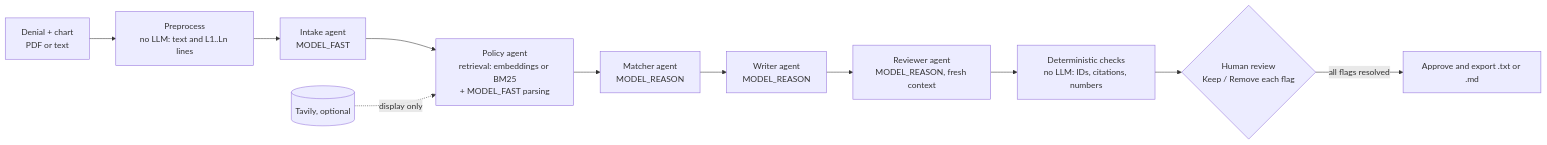
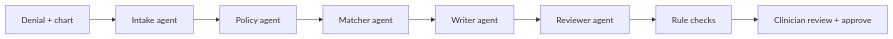
Before and after one commit to Kapowsh/Appeal-Pilot: the diagram in README.md, drawn with Mermaid. The commit also changed other lines of this file and 2 other files, not shown here.

````diff
--- a/README.md
+++ b/README.md
@@ -28,13 +19,4 @@
 ```mermaid
 flowchart LR
-    U[Denial + chart<br/>PDF or text] --> P[Preprocess<br/>no LLM: text and L1..Ln lines]
-    P --> I[Intake agent<br/>MODEL_FAST]
-    I --> PO[Policy agent<br/>retrieval: embeddings or BM25<br/>+ MODEL_FAST parsing]
-    PO --> M[Matcher agent<br/>MODEL_REASON]
-    M --> W[Writer agent<br/>MODEL_REASON]
-    W --> R[Reviewer agent<br/>MODEL_REASON, fresh context]
-    R --> D[Deterministic checks<br/>no LLM: IDs, citations, numbers]
-    D --> H{Human review<br/>Keep / Remove each flag}
-    H -->|all flags resolved| A[Approve and export .txt or .md]
-    T[(Tavily, optional)] -.->|display only| PO
+    A[Denial + chart] --> B[Intake agent] --> C[Policy agent] --> D[Matcher agent] --> E[Writer agent] --> F[Reviewer agent] --> G[Rule checks] --> H[Clinician review + approve]
 ```
````
